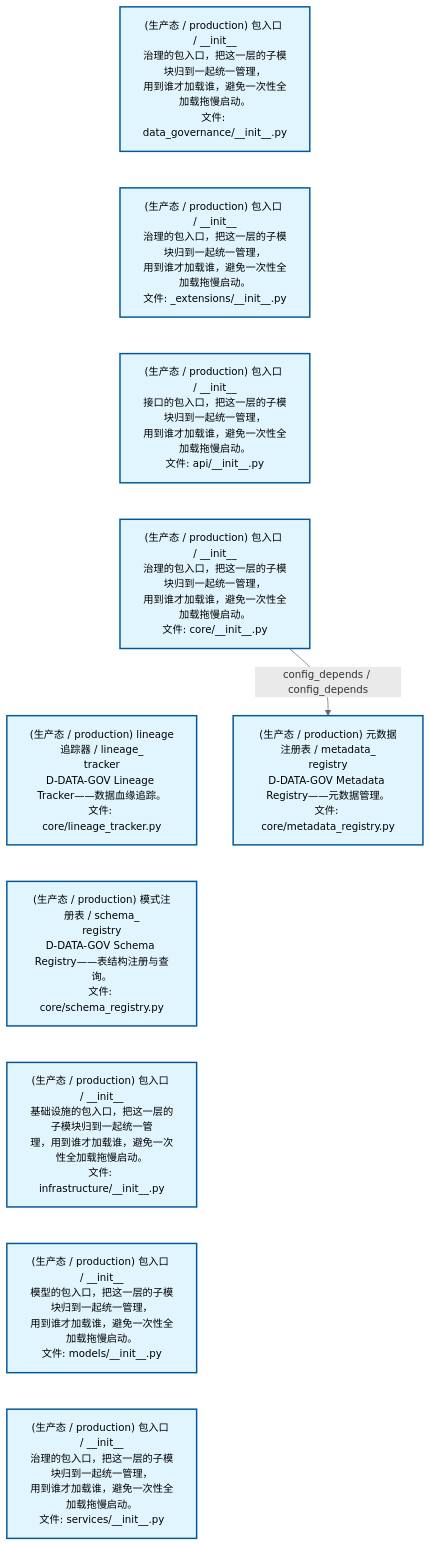
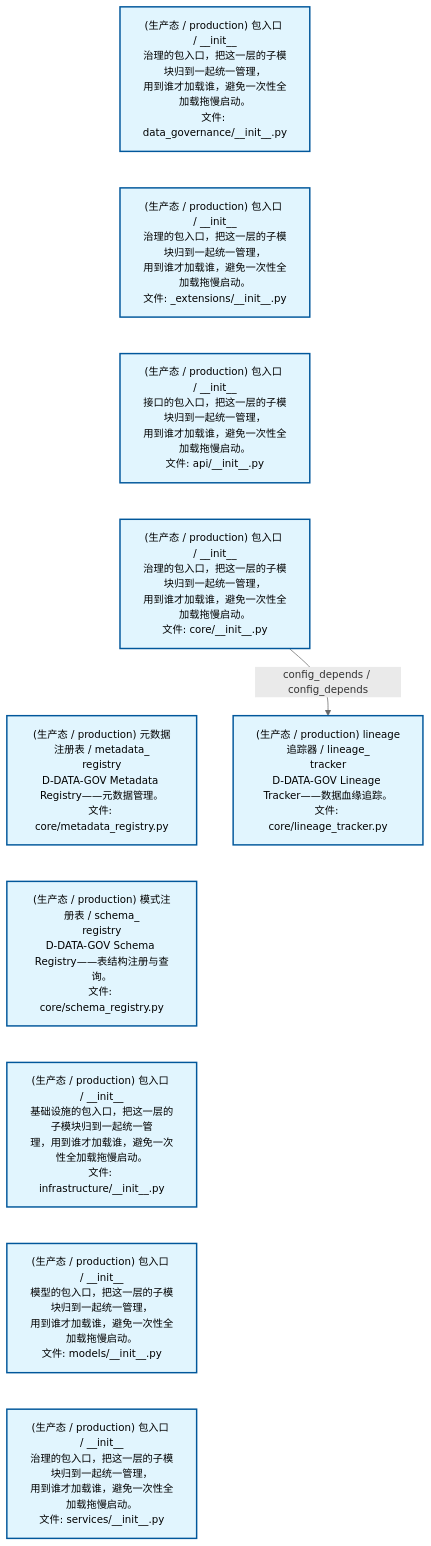
One commit to xuanFelixVan/ZephyrAlpha changed the first of 2 diagrams in docs/02_enterprise_architecture/02_domain_architecture_docs/13_d_data_gov.md. Above: the diagram before and after it, drawn with Mermaid. The commit also changed other lines of this file and 38 other files, not shown here.

````diff
--- a/docs/02_enterprise_architecture/02_domain_architecture_docs/13_d_data_gov.md
+++ b/docs/02_enterprise_architecture/02_domain_architecture_docs/13_d_data_gov.md
@@ -53,28 +53,28 @@
 ```mermaid
 %%{init: {'theme': 'base', 'themeVariables': {'primaryColor': '#eaeaea', 'primaryTextColor': '#333333', 'primaryBorderColor': '#666666', 'lineColor': '#666666', 'secondaryColor': '#eaeaea', 'tertiaryColor': '#eaeaea', 'fontSize': '14px'}}}%%
 flowchart TD
     src_zephyr_data_governance_init_py["(生产态 / production) 包入口 / __init__<br/>治理的包入口，把这一层的子模块归到一起统一管理，<br/>用到谁才加载谁，避免一次性全加载拖慢启动。<br/>文件: data_governance/__init__.py"]
     src_zephyr_data_governance_extensions_init_py["(生产态 / production) 包入口 / __init__<br/>治理的包入口，把这一层的子模块归到一起统一管理，<br/>用到谁才加载谁，避免一次性全加载拖慢启动。<br/>文件: _extensions/__init__.py"]
     src_zephyr_data_governance_api_init_py["(生产态 / production) 包入口 / __init__<br/>接口的包入口，把这一层的子模块归到一起统一管理，<br/>用到谁才加载谁，避免一次性全加载拖慢启动。<br/>文件: api/__init__.py"]
     src_zephyr_data_governance_core_init_py["(生产态 / production) 包入口 / __init__<br/>治理的包入口，把这一层的子模块归到一起统一管理，<br/>用到谁才加载谁，避免一次性全加载拖慢启动。<br/>文件: core/__init__.py"]
-    src_zephyr_data_governance_core_lineage_tracker_py["(生产态 / production) lineage追踪器 / lineage_<br/>tracker<br/>D-DATA-GOV Lineage Tracker——数据血缘追踪。<br/>文件: core/lineage_tracker.py"]
+    src_zephyr_data_governance_core_metadata_registry_py["(生产态 / production) 元数据注册表 / metadata_<br/>registry<br/>D-DATA-GOV Metadata Registry——元数据管理。<br/>文件: core/metadata_registry.py"]
     src_zephyr_data_governance_core_schema_registry_py["(生产态 / production) 模式注册表 / schema_<br/>registry<br/>D-DATA-GOV Schema Registry——表结构注册与查询。<br/>文件: core/schema_registry.py"]
     src_zephyr_data_governance_infrastructure_init_py["(生产态 / production) 包入口 / __init__<br/>基础设施的包入口，把这一层的子模块归到一起统一管<br/>理，用到谁才加载谁，避免一次性全加载拖慢启动。<br/>文件: infrastructure/__init__.py"]
     src_zephyr_data_governance_models_init_py["(生产态 / production) 包入口 / __init__<br/>模型的包入口，把这一层的子模块归到一起统一管理，<br/>用到谁才加载谁，避免一次性全加载拖慢启动。<br/>文件: models/__init__.py"]
     src_zephyr_data_governance_services_init_py["(生产态 / production) 包入口 / __init__<br/>治理的包入口，把这一层的子模块归到一起统一管理，<br/>用到谁才加载谁，避免一次性全加载拖慢启动。<br/>文件: services/__init__.py"]
     src_zephyr_data_governance_init_py ~~~ src_zephyr_data_governance_extensions_init_py
     src_zephyr_data_governance_extensions_init_py ~~~ src_zephyr_data_governance_api_init_py
     src_zephyr_data_governance_api_init_py ~~~ src_zephyr_data_governance_core_init_py
-    src_zephyr_data_governance_core_init_py ~~~ src_zephyr_data_governance_core_lineage_tracker_py
-    src_zephyr_data_governance_core_lineage_tracker_py ~~~ src_zephyr_data_governance_core_schema_registry_py
+    src_zephyr_data_governance_core_init_py ~~~ src_zephyr_data_governance_core_metadata_registry_py
+    src_zephyr_data_governance_core_metadata_registry_py ~~~ src_zephyr_data_governance_core_schema_registry_py
     src_zephyr_data_governance_core_schema_registry_py ~~~ src_zephyr_data_governance_infrastructure_init_py
     src_zephyr_data_governance_infrastructure_init_py ~~~ src_zephyr_data_governance_models_init_py
     src_zephyr_data_governance_models_init_py ~~~ src_zephyr_data_governance_services_init_py
-    src_zephyr_data_governance_core_metadata_registry_py["(生产态 / production) 元数据注册表 / metadata_<br/>registry<br/>D-DATA-GOV Metadata Registry——元数据管理。<br/>文件: core/metadata_registry.py"]
-    src_zephyr_data_governance_core_init_py -->|config_depends / config_depends| src_zephyr_data_governance_core_metadata_registry_py
+    src_zephyr_data_governance_core_lineage_tracker_py["(生产态 / production) lineage追踪器 / lineage_<br/>tracker<br/>D-DATA-GOV Lineage Tracker——数据血缘追踪。<br/>文件: core/lineage_tracker.py"]
+    src_zephyr_data_governance_core_init_py -->|config_depends / config_depends| src_zephyr_data_governance_core_lineage_tracker_py
     classDef production fill:#e1f5fe,stroke:#01579b,stroke-width:2px,color:#000
     classDef design fill:#fff3e0,stroke:#e65100,stroke-width:2px,color:#000,stroke-dasharray: 5 5
     classDef external_prod fill:#e8f4fd,stroke:#0277bd,stroke-width:1px,color:#000
     classDef external_design fill:#fff8e7,stroke:#ef6c00,stroke-width:1px,color:#000,stroke-dasharray: 5 5
     class src_zephyr_data_governance_init_py,src_zephyr_data_governance_extensions_init_py,src_zephyr_data_governance_api_init_py,src_zephyr_data_governance_core_init_py,src_zephyr_data_governance_core_lineage_tracker_py,src_zephyr_data_governance_core_metadata_registry_py,src_zephyr_data_governance_core_schema_registry_py,src_zephyr_data_governance_infrastructure_init_py,src_zephyr_data_governance_models_init_py,src_zephyr_data_governance_services_init_py production
 ```
````
